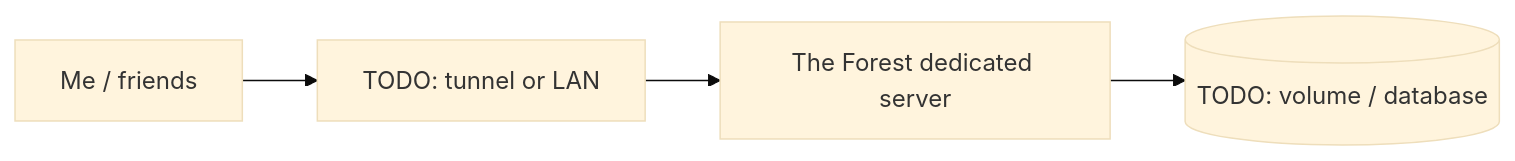
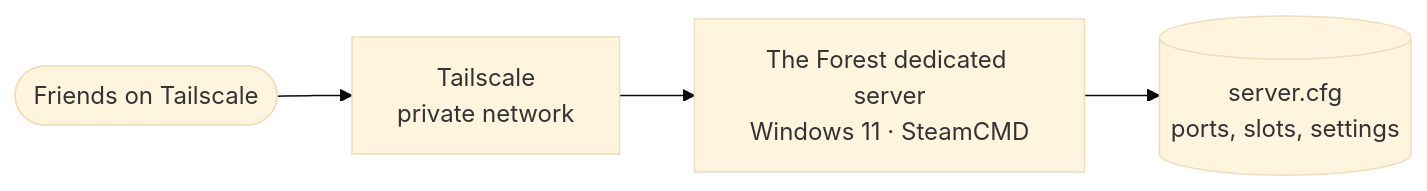
Before and after one commit to Shineori/homelab: the diagram in docs/services/the-forest.md, drawn with Mermaid (base theme). The commit also changed other lines of this file and 19 other files, not shown here.

````diff
--- a/docs/services/the-forest.md
+++ b/docs/services/the-forest.md
@@ -20,6 +21,6 @@
 ```mermaid
 flowchart LR
-    user[Me / friends] --> entry[TODO: tunnel or LAN]
-    entry --> app[The Forest dedicated server]
-    app --> data[(TODO: volume / database)]
+    friends([Friends on Tailscale]) --> ts[Tailscale<br/>private network]
+    ts --> srv[The Forest dedicated server<br/>Windows 11 · SteamCMD]
+    srv --> cfg[(server.cfg<br/>ports, slots, settings)]
 ```
````
